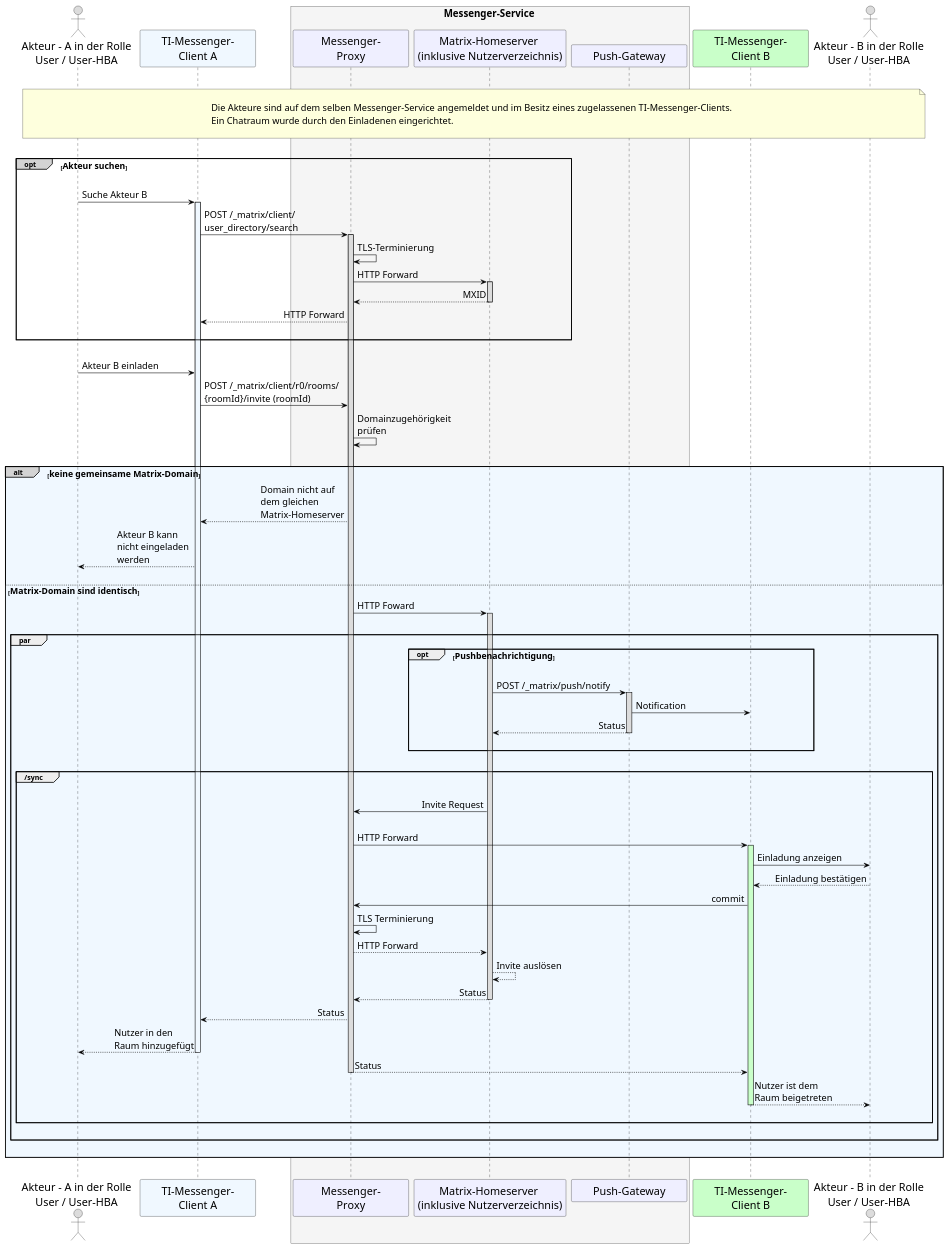
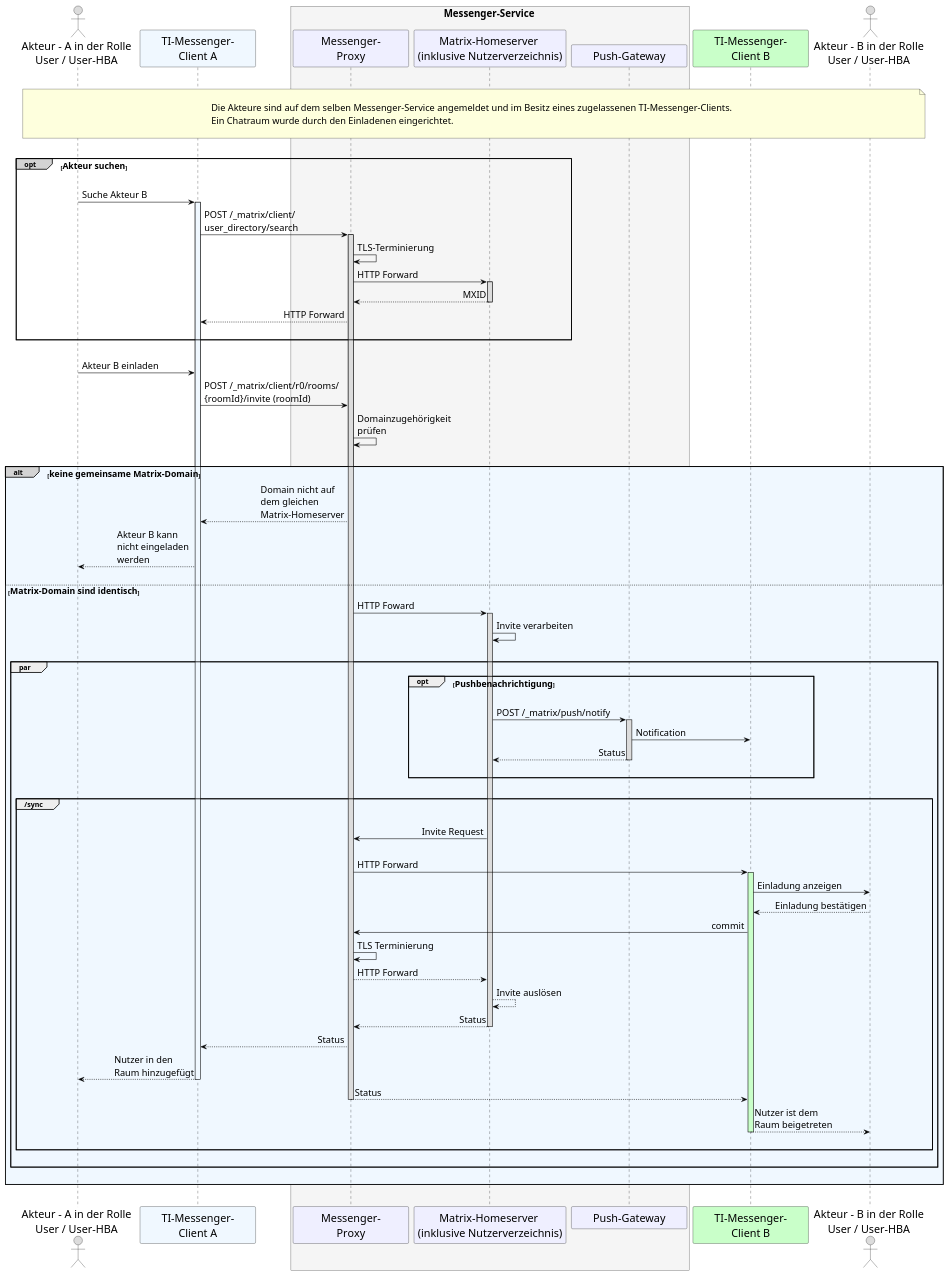
The diagram in src/plantuml/TI-Messenger-Dienst/Ressourcen/UC_10104_Seq.puml (gematik/api-ti-messenger), drawn with PlantUML before and after one commit.

```diff
--- a/src/plantuml/TI-Messenger-Dienst/Ressourcen/UC_10104_Seq.puml
+++ b/src/plantuml/TI-Messenger-Dienst/Ressourcen/UC_10104_Seq.puml
@@ -9,113 +9,114 @@
 @startuml
 skinparam sequenceMessageAlign direction
 skinparam minClassWidth 200
 skinparam BoxPadding 1
 skinparam sequenceReferenceHeaderBackgroundColor palegreen
 scale max 2048 width
 
 skinparam sequence {
 ArrowColor black
 ArrowFontSize 17
 ActorBorderColor black
 LifeLineBorderColor black
 LifeLineBackgroundColor Gainsboro
 
 ParticipantBorderColor Motivation
 ParticipantBackgroundColor Motivation
 ParticipantFontName Impact
 ParticipantFontSize 20
 ParticipantFontColor black
 ParticipantBorderColor Black
 ParticipantBackgroundColor MOTIVATION
 
 ActorBackgroundColor Gainsboro
 ActorFontColor black
 ActorFontSize 20
 ActorFontName Aapex
 }
     actor U1 as "Akteur - A in der Rolle\nUser / User-HBA"
     participant C1 as "TI-Messenger-\nClient A" #AliceBlue
     box <size:18>Messenger-Service</size> #WhiteSmoke
       participant MP as "Messenger-\nProxy"
       participant MH as "Matrix-Homeserver \n(inklusive Nutzerverzeichnis)"
       participant PG as "Push-Gateway"
     end box
     participant C2 as "TI-Messenger-\nClient B"#TECHNOLOGY
     actor U2 as "Akteur - B in der Rolle\nUser / User-HBA"
     
 |||
 note over U1, U2: \n<size:17>Die Akteure sind auf dem selben Messenger-Service angemeldet und im Besitz eines zugelassenen TI-Messenger-Clients.\n<size:17>Ein Chatraum wurde durch den Einladenen eingerichtet.</size>\n
 |||
 
     opt#LightGrey <size:16>Akteur suchen</size>
     |||
     U1->C1: Suche Akteur B
       activate C1 #AliceBlue
     C1->MP: POST /_matrix/client/\nuser_directory/search
       activate MP
     MP->MP: TLS-Terminierung
     MP->MH: HTTP Forward
       activate MH
     MH-->MP: MXID
       deactivate MH
     MP-->C1: HTTP Forward
     |||
     end
     
     |||
     U1->C1: Akteur B einladen
     C1->MP: POST /_matrix/client/r0/rooms/\n{roomId}/invite (roomId)
     MP->MP: Domainzugehörigkeit \nprüfen
     |||
     
     alt#LightGrey #AliceBlue <size:16>keine gemeinsame Matrix-Domain</size>
       MP-->C1: Domain nicht auf \ndem gleichen \nMatrix-Homeserver
       C1-->U1: Akteur B kann \nnicht eingeladen \nwerden
       |||
     
       else <size:16>Matrix-Domain sind identisch</size>
     
       MP->MH: HTTP Foward
         activate MH
+      MH->MH: Invite verarbeiten
       |||
       group par 
         opt <size:16>Pushbenachrichtigung</size>
           |||
           MH->PG: POST /_matrix/push/notify
             activate PG
           PG->C2: Notification
           PG-->MH: Status
             deactivate PG
         |||
         end
         |||
         group /sync
           |||
           MH->MP: Invite Request
           |||
           MP->C2: HTTP Forward
             activate C2 #TECHNOLOGY
           C2->U2: Einladung anzeigen
           U2-->C2: Einladung bestätigen
           C2->MP: commit
           MP->MP: TLS Terminierung
           MP-->MH: HTTP Forward
           MH-->MH: Invite auslösen
           MH-->MP: Status
             deactivate MH
           MP-->C1: Status
           C1-->U1: Nutzer in den \nRaum hinzugefügt
             deactivate C1
           MP-->C2: Status
             deactivate MP
           C2-->U2: Nutzer ist dem \nRaum beigetreten
             deactivate C2
 
         |||
         end
       |||
       end
     |||
     end
 |||
 @enduml
```
